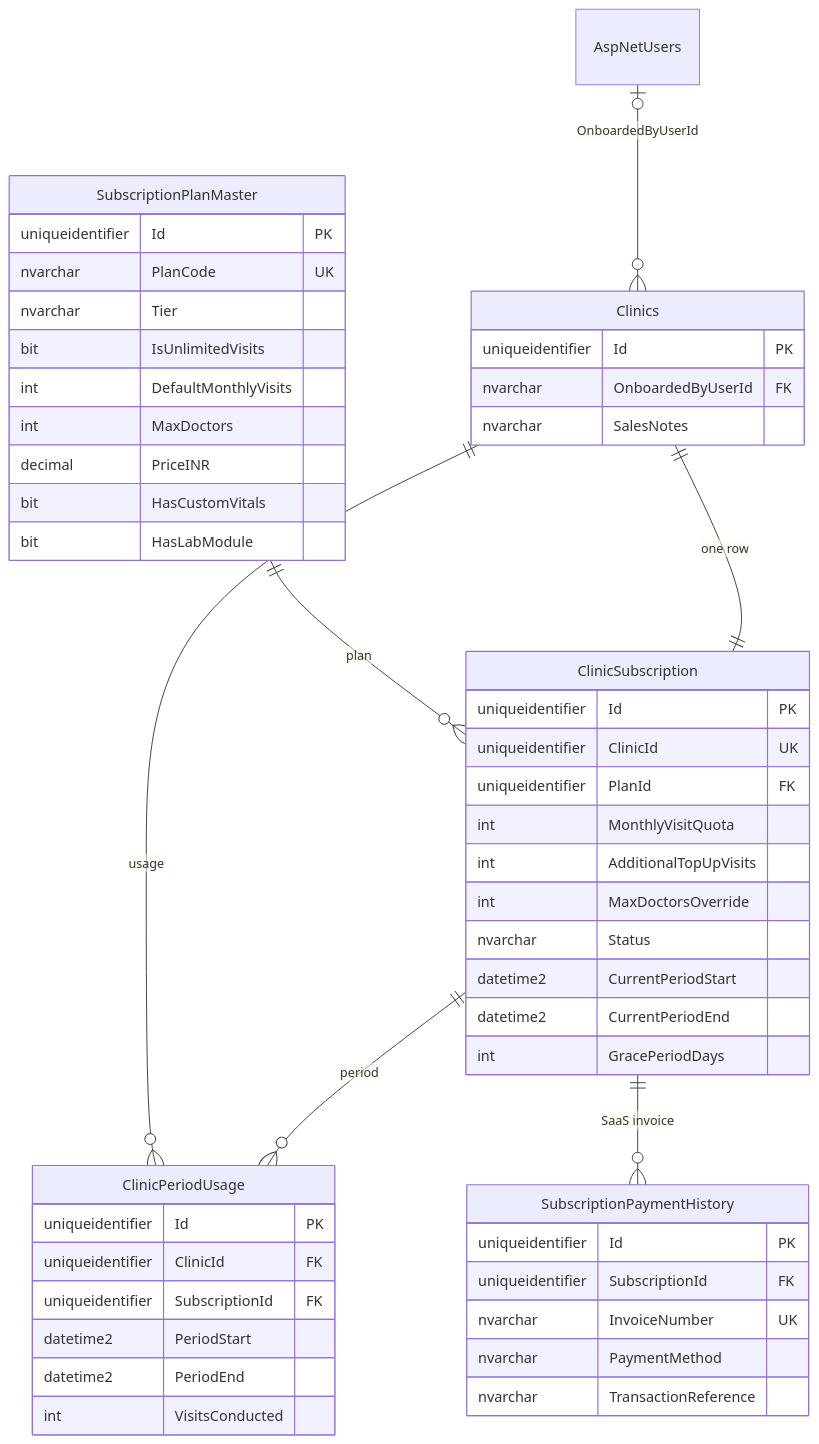
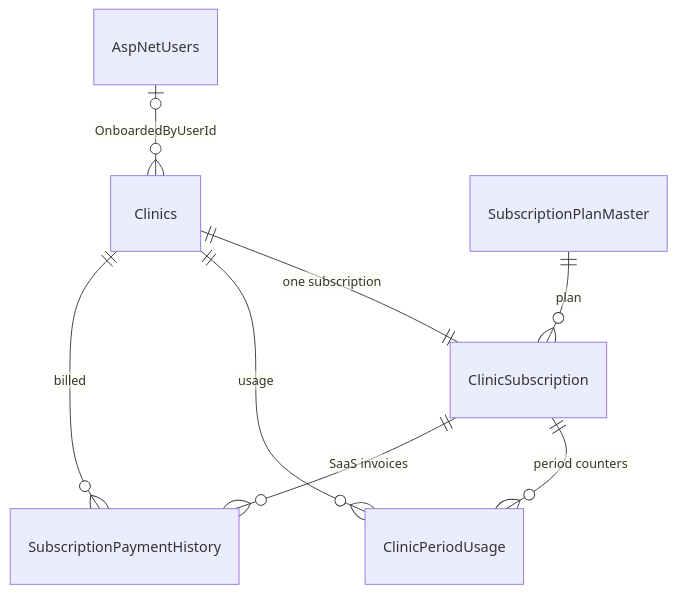
Before and after one commit to nishantmittal26/DocOS: the second of 4 diagrams in DocOS-Phase2-Database-Schema.md, drawn with Mermaid. The commit also changed other lines of this file and 65 other files, not shown here.

Commit message:
Phase 2A and 2B - plan based SaaS

````diff
--- a/DocOS-Phase2-Database-Schema.md
+++ b/DocOS-Phase2-Database-Schema.md
@@ -326,52 +316,10 @@
 ```mermaid
 erDiagram
-    Clinics {
-        uniqueidentifier Id PK
-        nvarchar OnboardedByUserId FK
-        nvarchar SalesNotes
-    }
-    SubscriptionPlanMaster {
-        uniqueidentifier Id PK
-        nvarchar PlanCode UK
-        nvarchar Tier
-        bit IsUnlimitedVisits
-        int DefaultMonthlyVisits
-        int MaxDoctors
-        decimal PriceINR
-        bit HasCustomVitals
-        bit HasLabModule
-    }
-    ClinicSubscription {
-        uniqueidentifier Id PK
-        uniqueidentifier ClinicId UK
-        uniqueidentifier PlanId FK
-        int MonthlyVisitQuota
-        int AdditionalTopUpVisits
-        int MaxDoctorsOverride
-        nvarchar Status
-        datetime2 CurrentPeriodStart
-        datetime2 CurrentPeriodEnd
-        int GracePeriodDays
-    }
-    ClinicPeriodUsage {
-        uniqueidentifier Id PK
-        uniqueidentifier ClinicId FK
-        uniqueidentifier SubscriptionId FK
-        datetime2 PeriodStart
-        datetime2 PeriodEnd
-        int VisitsConducted
-    }
-    SubscriptionPaymentHistory {
-        uniqueidentifier Id PK
-        uniqueidentifier SubscriptionId FK
-        nvarchar InvoiceNumber UK
-        nvarchar PaymentMethod
-        nvarchar TransactionReference
-    }
     AspNetUsers |o--o{ Clinics : "OnboardedByUserId"
-    Clinics ||--|| ClinicSubscription : "one row"
+    Clinics ||--|| ClinicSubscription : "one subscription"
     SubscriptionPlanMaster ||--o{ ClinicSubscription : "plan"
-    ClinicSubscription ||--o{ ClinicPeriodUsage : "period"
+    ClinicSubscription ||--o{ ClinicPeriodUsage : "period counters"
     Clinics ||--o{ ClinicPeriodUsage : "usage"
-    ClinicSubscription ||--o{ SubscriptionPaymentHistory : "SaaS invoice"
+    ClinicSubscription ||--o{ SubscriptionPaymentHistory : "SaaS invoices"
+    Clinics ||--o{ SubscriptionPaymentHistory : "billed"
 ```
````
